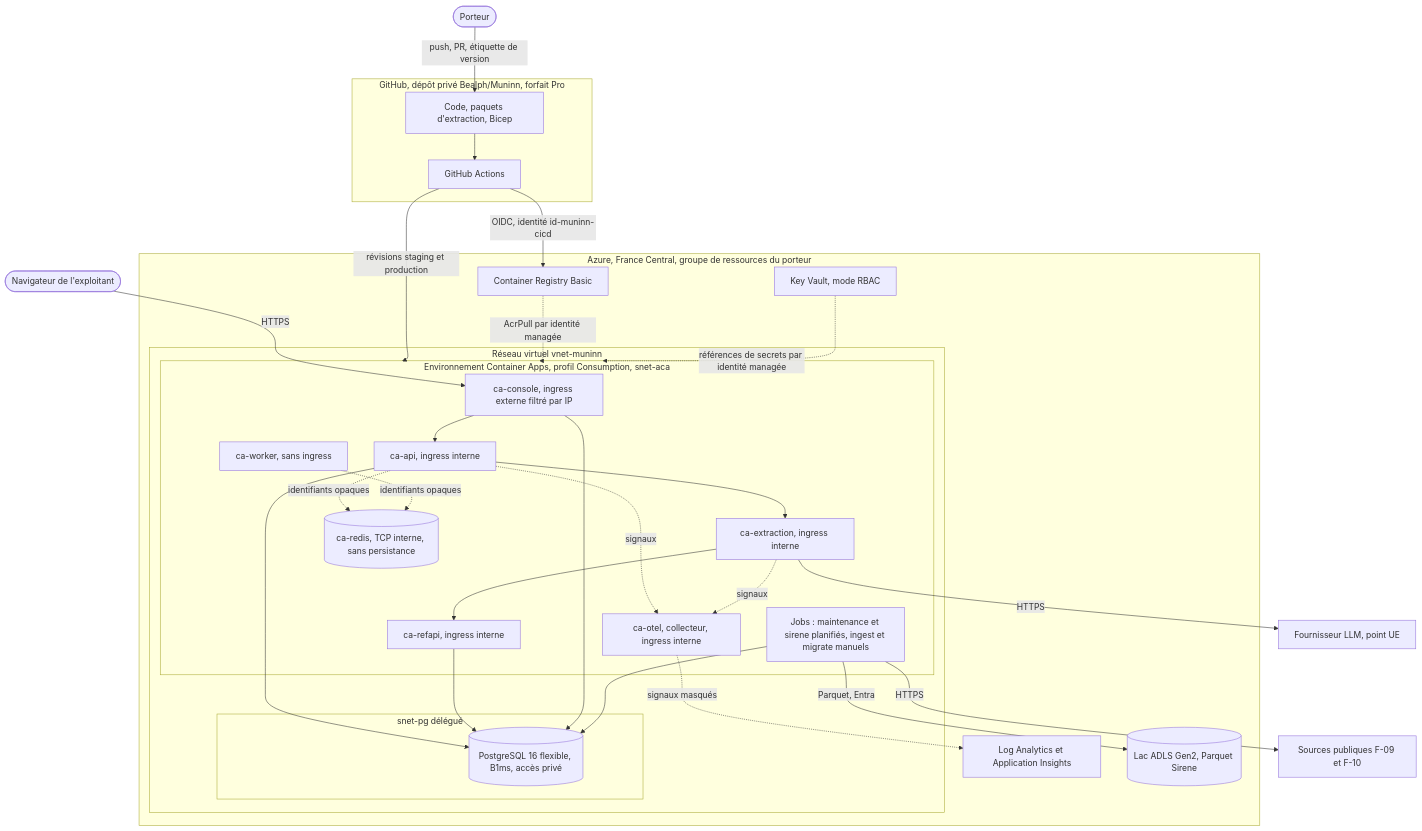
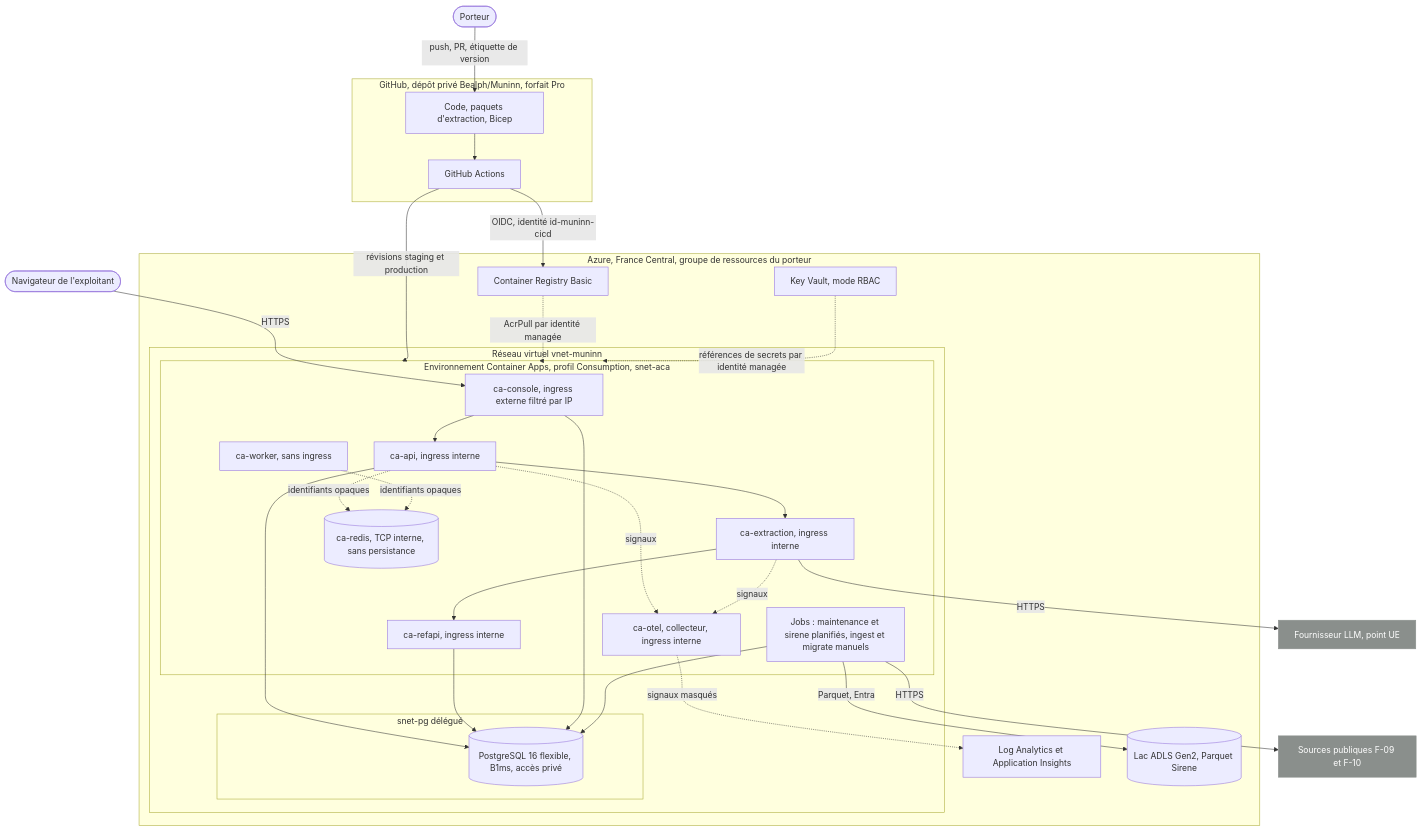
The second of 2 diagrams in docs/conception/industrialisation/06-architecture-technique.md (Bealph/muninn-v1), drawn with Mermaid before and after one commit. The commit also changed other lines of this file and 136 other files, not shown here.

First line of the commit message:
docs: style commun des diagrammes et des infographies (vert, externes en gris, alertes en rouge) (#194)

````diff
--- a/docs/conception/industrialisation/06-architecture-technique.md
+++ b/docs/conception/industrialisation/06-architecture-technique.md
@@ -249,54 +251,56 @@
 ```mermaid
 flowchart TB
   Dev(["Porteur"])
   Jury(["Navigateur de l'exploitant"])
   subgraph GH["GitHub, dépôt privé Bealph/Muninn, forfait Pro"]
     Repo["Code, paquets d'extraction, Bicep"]
     Gha["GitHub Actions"]
   end
   subgraph AZ["Azure, France Central, groupe de ressources du porteur"]
     Acr["Container Registry Basic"]
     Kv["Key Vault, mode RBAC"]
     Law["Log Analytics et Application Insights"]
     Lake[("Lac ADLS Gen2, Parquet Sirene")]
     subgraph VNET["Réseau virtuel vnet-muninn"]
       subgraph CAE["Environnement Container Apps, profil Consumption, snet-aca"]
         Con["ca-console, ingress externe filtré par IP"]
         Api["ca-api, ingress interne"]
         Ext["ca-extraction, ingress interne"]
         Ref["ca-refapi, ingress interne"]
         Wrk["ca-worker, sans ingress"]
         Rds[("ca-redis, TCP interne, sans persistance")]
         Otel["ca-otel, collecteur, ingress interne"]
         Jobs["Jobs : maintenance et sirene planifiés, ingest et migrate manuels"]
       end
       subgraph PGS["snet-pg délégué"]
         Pg[("PostgreSQL 16 flexible, B1ms, accès privé")]
       end
     end
   end
   Llm["Fournisseur LLM, point UE"]
   Pub["Sources publiques F-09 et F-10"]
   Dev -->|"push, PR, étiquette de version"| Repo
   Repo --> Gha
   Gha -->|"OIDC, identité id-muninn-cicd"| Acr
   Gha -->|"révisions staging et production"| CAE
   Acr -.->|"AcrPull par identité managée"| CAE
   Kv -.->|"références de secrets par identité managée"| CAE
   Api -.->|"signaux"| Otel
   Ext -.->|"signaux"| Otel
   Otel -.->|"signaux masqués"| Law
   Jury -->|"HTTPS"| Con
   Con --> Api
   Api --> Ext
   Ext --> Ref
   Ext -->|"HTTPS"| Llm
   Api --> Pg
   Ref --> Pg
   Con --> Pg
   Jobs --> Pg
   Api -.->|"identifiants opaques"| Rds
   Wrk -.->|"identifiants opaques"| Rds
   Jobs -->|"HTTPS"| Pub
   Jobs -->|"Parquet, Entra"| Lake
+  classDef externe fill:#8a8f8c,stroke:#8a8f8c,color:#ffffff
+  class Llm,Pub externe
 ```
````
